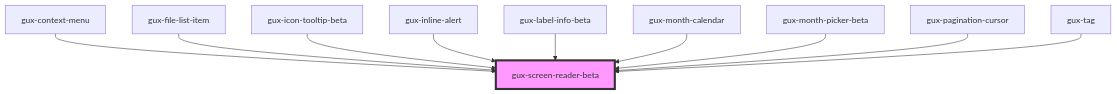
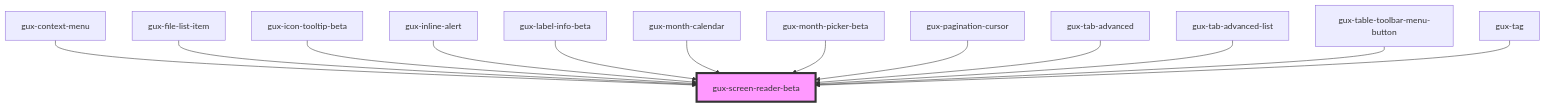
The diagram in packages/genesys-spark-components/src/components/beta/gux-screen-reader/readme.md (MyPureCloud/genesys-spark), drawn with Mermaid before and after one commit. The commit also changed other lines of this file and 15 other files, not shown here.

````diff
--- a/packages/genesys-spark-components/src/components/beta/gux-screen-reader/readme.md
+++ b/packages/genesys-spark-components/src/components/beta/gux-screen-reader/readme.md
@@ -30,13 +33,16 @@
 ```mermaid
 graph TD;
   gux-context-menu --> gux-screen-reader-beta
   gux-file-list-item --> gux-screen-reader-beta
   gux-icon-tooltip-beta --> gux-screen-reader-beta
   gux-inline-alert --> gux-screen-reader-beta
   gux-label-info-beta --> gux-screen-reader-beta
   gux-month-calendar --> gux-screen-reader-beta
   gux-month-picker-beta --> gux-screen-reader-beta
   gux-pagination-cursor --> gux-screen-reader-beta
+  gux-tab-advanced --> gux-screen-reader-beta
+  gux-tab-advanced-list --> gux-screen-reader-beta
+  gux-table-toolbar-menu-button --> gux-screen-reader-beta
   gux-tag --> gux-screen-reader-beta
   style gux-screen-reader-beta fill:#f9f,stroke:#333,stroke-width:4px
 ```
````
